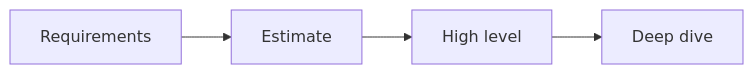
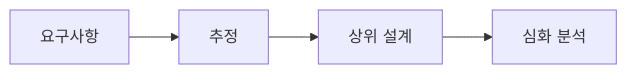
One commit to yeongseon-books/book-content changed the diagram in content/developer-career-101/ko/06-system-design-interview.md. Above: the diagram before and after it, drawn with Mermaid. The commit also changed other lines of this file and 9 other files, not shown here.

````diff
--- a/content/developer-career-101/ko/06-system-design-interview.md
+++ b/content/developer-career-101/ko/06-system-design-interview.md
@@ -33,6 +46,6 @@
 ```mermaid
 flowchart LR
-    R[Requirements] --> E[Estimate]
-    E --> H[High level]
-    H --> D[Deep dive]
+    R[요구사항] --> E[추정]
+    E --> H[상위 설계]
+    H --> D[심화 분석]
 ```
````
